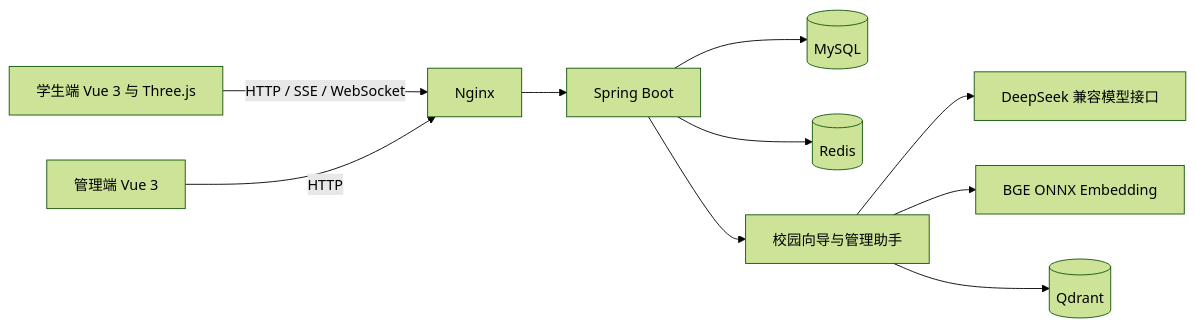
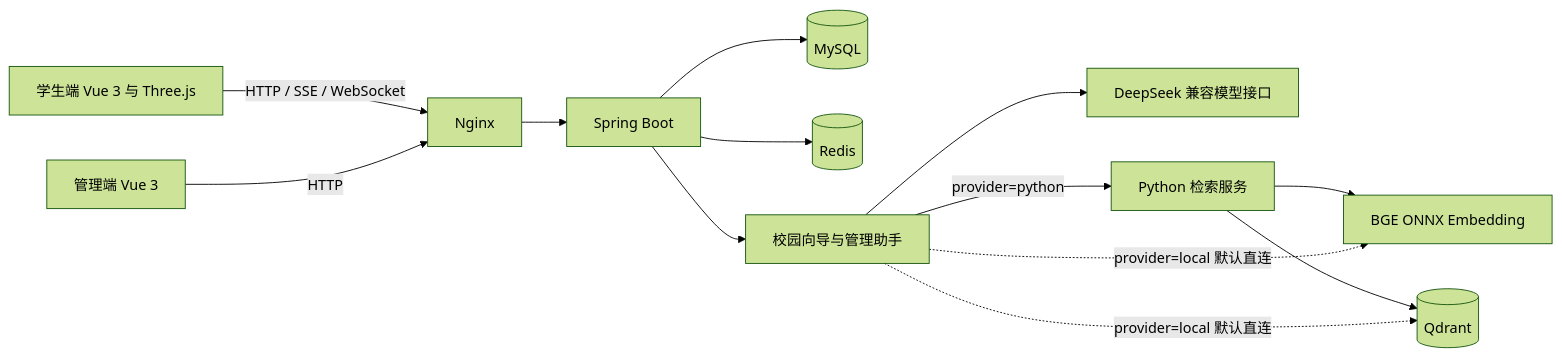
One commit to hongyucheng6258-glitch/Graduation-Project changed the diagram in README.md. Above: the diagram before and after it, drawn with Mermaid (forest theme). The commit also changed other lines of this file and 24 other files, not shown here.

First line of the commit message:
feat(ai): 新增 Python 检索服务，支持 Java/Python 双后端切换与降级

````diff
--- a/README.md
+++ b/README.md
@@ -43,12 +43,15 @@
 ```mermaid
 flowchart LR
     Student[学生端 Vue 3 与 Three.js] -->|HTTP / SSE / WebSocket| Nginx[Nginx]
     Admin[管理端 Vue 3] -->|HTTP| Nginx
     Nginx --> API[Spring Boot]
     API --> DB[(MySQL)]
     API --> Redis[(Redis)]
     API --> Agent[校园向导与管理助手]
     Agent --> Model[DeepSeek 兼容模型接口]
-    Agent --> Embedding[BGE ONNX Embedding]
-    Agent --> Qdrant[(Qdrant)]
+    Agent -->|provider=python| RAG[Python 检索服务]
+    RAG --> Embedding[BGE ONNX Embedding]
+    RAG --> Qdrant[(Qdrant)]
+    Agent -.provider=local 默认直连.-> Embedding
+    Agent -.provider=local 默认直连.-> Qdrant
 ```
````
